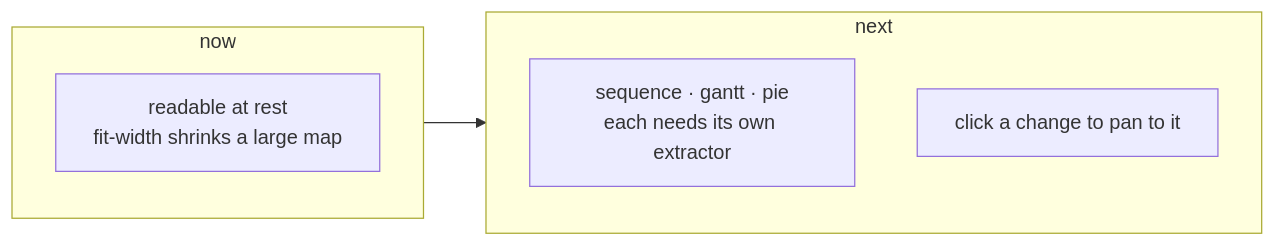
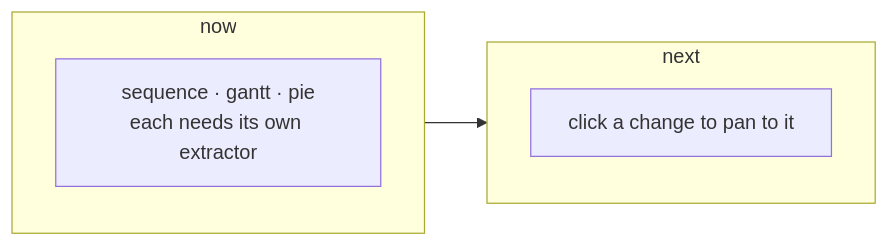
The fourth of 9 diagrams in docs/roadmap.md (mindaugaskasp/diff-bro), drawn with Mermaid before and after one commit. The commit also changed other lines of this file and 1 other file, not shown here.

First line of the commit message:
docs(roadmap): readable-at-rest shipped, Onboarding retires from the board, Comparing more opens (#50)

````diff
--- a/docs/roadmap.md
+++ b/docs/roadmap.md
@@ -149,11 +151,10 @@
 ```mermaid
 flowchart LR
   subgraph now["now"]
-    r["readable at rest<br>fit-width shrinks a large map"]
+    s["sequence · gantt · pie<br>each needs its own extractor"]
   end
   subgraph next["next"]
-    s["sequence · gantt · pie<br>each needs its own extractor"]
     c["click a change to pan to it"]
   end
   now --> next
 ```
````
